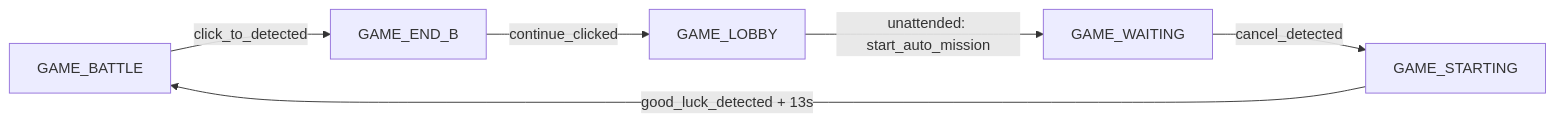
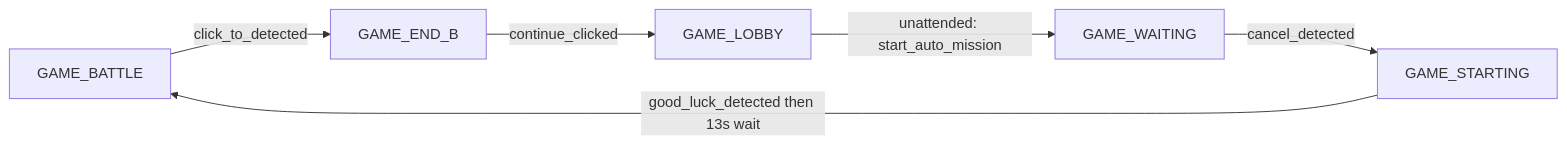
One commit to mhouse1/wingman changed the sixth of 6 diagrams in docs/architecture.md. Above: the diagram before and after it, drawn with Mermaid. The commit also changed other lines of this file and 13 other files, not shown here.

````diff
--- a/docs/architecture.md
+++ b/docs/architecture.md
@@ -258,8 +302,8 @@
 ```mermaid
 flowchart LR
     GB[GAME_BATTLE] -->|click_to_detected| GE[GAME_END_B]
     GE -->|continue_clicked| GL[GAME_LOBBY]
     GL -->|unattended: start_auto_mission| GW[GAME_WAITING]
     GW -->|cancel_detected| GS[GAME_STARTING]
-    GS -->|good_luck_detected + 13s| GB
+    GS -->|good_luck_detected then 13s wait| GB
 ```
````
